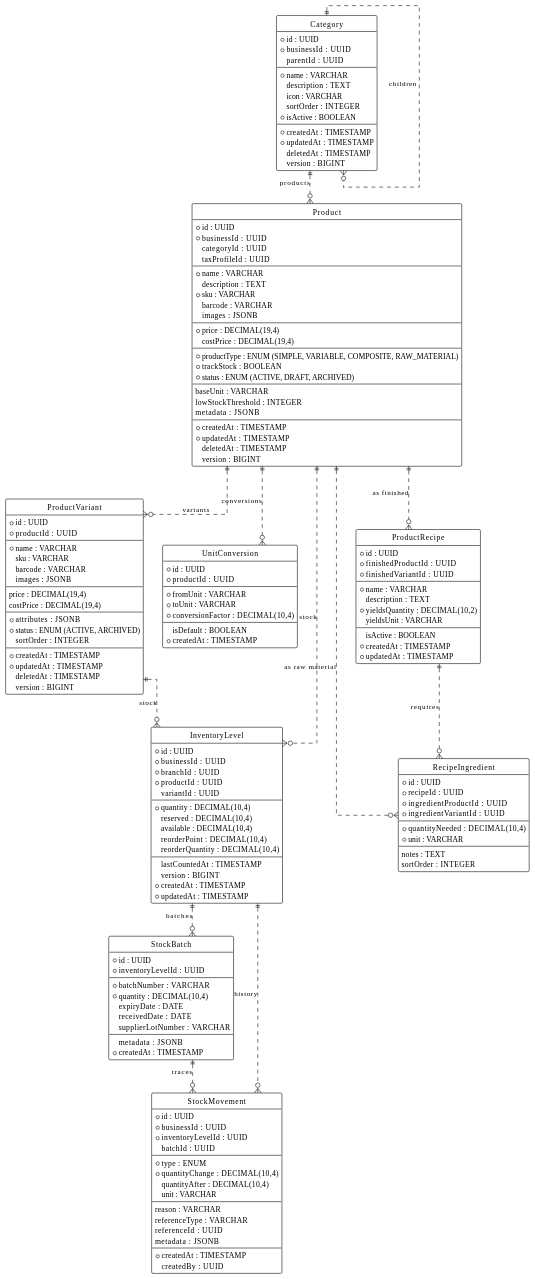
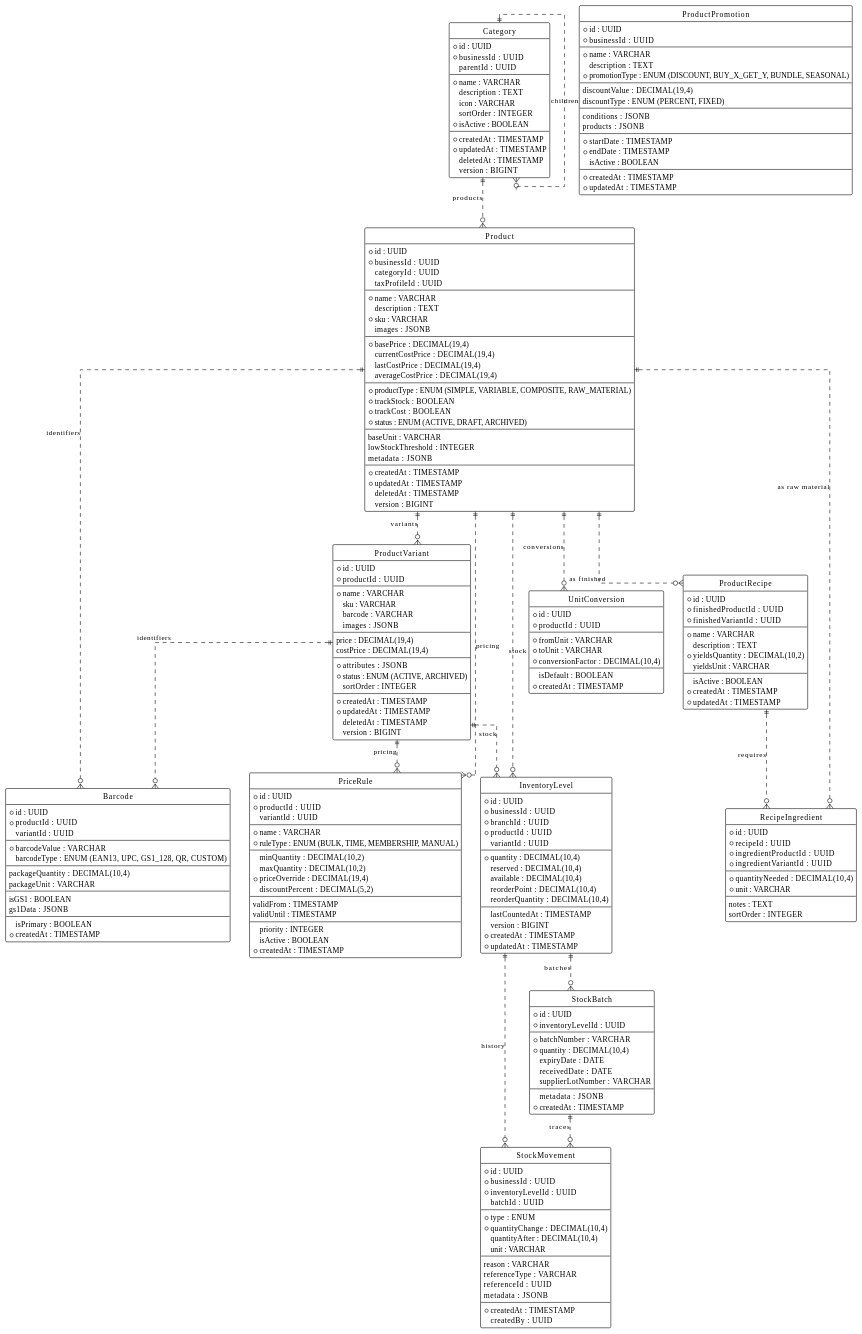
The diagram in docs/technical/backend/database/04-INVENTORY-SCHEMA.md (reeinharddd/impulsa-monorepo), drawn with PlantUML before and after one commit. The commit also changed other lines of this file, not shown here.

First line of the commit message:
feat(database): update database schema documentation

```diff
--- a/docs/technical/backend/database/04-INVENTORY-SCHEMA.md
+++ b/docs/technical/backend/database/04-INVENTORY-SCHEMA.md
@@ -92,14 +139,16 @@
   *name : VARCHAR
   description : TEXT
   *sku : VARCHAR
-  barcode : VARCHAR
   images : JSONB
   --
-  *price : DECIMAL(19,4)
-  costPrice : DECIMAL(19,4)
+  *basePrice : DECIMAL(19,4)
+  currentCostPrice : DECIMAL(19,4)
+  lastCostPrice : DECIMAL(19,4)
+  averageCostPrice : DECIMAL(19,4)
   --
   *productType : ENUM (SIMPLE, VARIABLE, COMPOSITE, RAW_MATERIAL)
   *trackStock : BOOLEAN
+  *trackCost : BOOLEAN
   *status : ENUM (ACTIVE, DRAFT, ARCHIVED)
   --
   baseUnit : VARCHAR
@@ -110,6 +159,67 @@
   *updatedAt : TIMESTAMP
   deletedAt : TIMESTAMP
   version : BIGINT
+}
+
+entity "Barcode" as Barcode {
+  *id : UUID
+  *productId : UUID
+  variantId : UUID
+  --
+  *barcodeValue : VARCHAR
+  barcodeType : ENUM (EAN13, UPC, GS1_128, QR, CUSTOM)
+  --
+  packageQuantity : DECIMAL(10,4)
+  packageUnit : VARCHAR
+  --
+  isGS1 : BOOLEAN
+  gs1Data : JSONB
+  --
+  isPrimary : BOOLEAN
+  *createdAt : TIMESTAMP
+}
+
+entity "PriceRule" as PriceRule {
+  *id : UUID
+  *productId : UUID
+  variantId : UUID
+  --
+  *name : VARCHAR
+  *ruleType : ENUM (BULK, TIME, MEMBERSHIP, MANUAL)
+  --
+  minQuantity : DECIMAL(10,2)
+  maxQuantity : DECIMAL(10,2)
+  *priceOverride : DECIMAL(19,4)
+  discountPercent : DECIMAL(5,2)
+  --
+  validFrom : TIMESTAMP
+  validUntil : TIMESTAMP
+  --
+  priority : INTEGER
+  isActive : BOOLEAN
+  *createdAt : TIMESTAMP
+}
+
+entity "ProductPromotion" as Promotion {
+  *id : UUID
+  *businessId : UUID
+  --
+  *name : VARCHAR
+  description : TEXT
+  *promotionType : ENUM (DISCOUNT, BUY_X_GET_Y, BUNDLE, SEASONAL)
+  --
+  discountValue : DECIMAL(19,4)
+  discountType : ENUM (PERCENT, FIXED)
+  --
+  conditions : JSONB
+  products : JSONB
+  --
+  *startDate : TIMESTAMP
+  *endDate : TIMESTAMP
+  isActive : BOOLEAN
+  --
+  *createdAt : TIMESTAMP
+  *updatedAt : TIMESTAMP
 }
 
 entity "ProductVariant" as Variant {
@@ -230,6 +340,10 @@
 Category ||..o{ Category : "children"
 Category ||..o{ Product : "products"
 Product ||..o{ Variant : "variants"
+Product ||..o{ Barcode : "identifiers"
+Variant ||..o{ Barcode : "identifiers"
+Product ||..o{ PriceRule : "pricing"
+Variant ||..o{ PriceRule : "pricing"
 Product ||..o{ UnitConv : "conversions"
 Product ||..o{ Recipe : "as finished"
 Product ||..o{ Ingredient : "as raw material"
```
